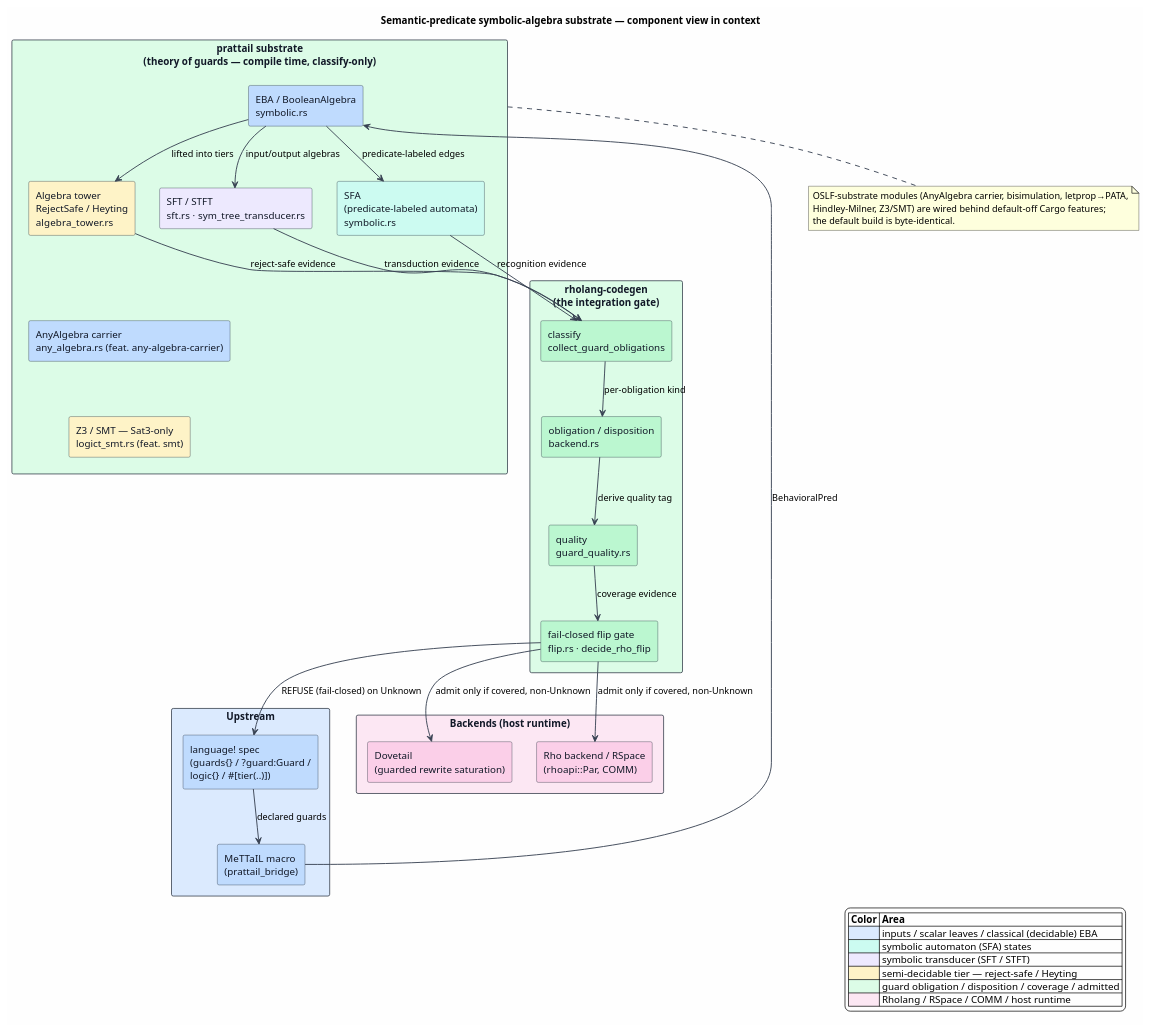
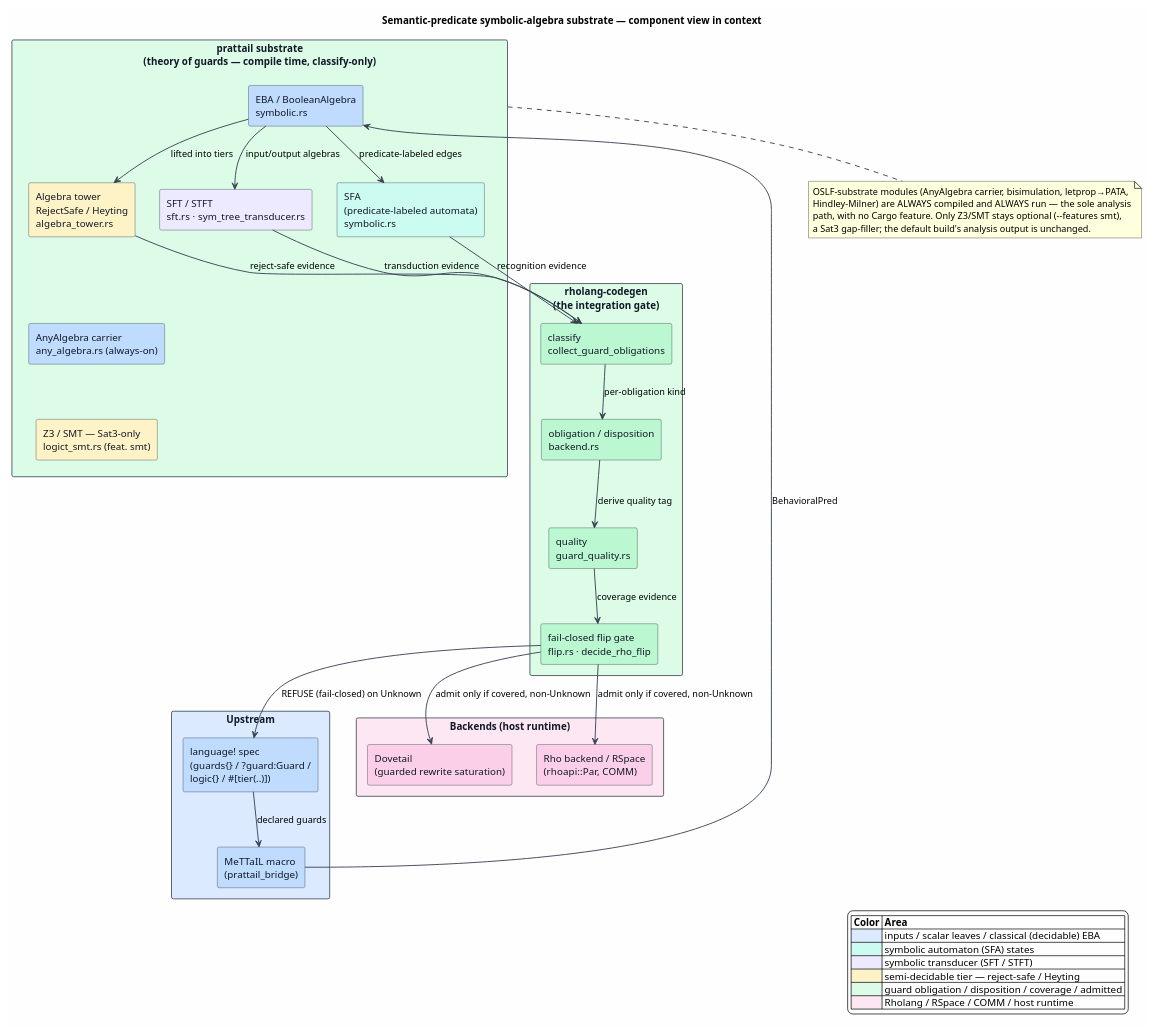
The diagram in docs/architecture/semantic-predicates/figures/README.puml (F1R3FLY-io/mettail-rust), drawn with PlantUML before and after one commit. The commit also changed 12 other files, not shown here.

First line of the commit message:
docs(prattail): OSLF precise-only — reflect feature deletion, engines now always-on

```diff
--- a/docs/architecture/semantic-predicates/figures/README.puml
+++ b/docs/architecture/semantic-predicates/figures/README.puml
@@ -1,81 +1,82 @@
 @startuml
 title Semantic-predicate symbolic-algebra substrate — component view in context
 
 skinparam backgroundColor #FEFEFE
 skinparam componentStyle rectangle
 skinparam shadowing false
 skinparam ArrowColor #374151
 skinparam ArrowThickness 1.3
 skinparam component {
   BorderColor #1F2937
   FontColor #111827
 }
 skinparam rectangle {
   BorderColor #1F2937
   FontColor #111827
 }
 
 ' ── Upstream: the language specification ────────────────────────────────
 rectangle "Upstream" as Up #DBEAFE {
   component "language! spec\n(guards{} / ?guard:Guard /\nlogic{} / #[tier(..)])" as Spec #BFDBFE
   component "MeTTaIL macro\n(prattail_bridge)" as Macro #BFDBFE
 }
 
 ' ── The prattail substrate (the subject of this suite) ──────────────────
 rectangle "prattail substrate\n(theory of guards — compile time, classify-only)" as Sub #DCFCE7 {
   component "EBA / BooleanAlgebra\nsymbolic.rs" as EBA #BFDBFE
   component "SFA\n(predicate-labeled automata)\nsymbolic.rs" as SFA #CCFBF1
   component "SFT / STFT\nsft.rs · sym_tree_transducer.rs" as SFT #EDE9FE
   component "Algebra tower\nRejectSafe / Heyting\nalgebra_tower.rs" as Tower #FEF3C7
-  component "AnyAlgebra carrier\nany_algebra.rs (feat. any-algebra-carrier)" as Carrier #BFDBFE
+  component "AnyAlgebra carrier\nany_algebra.rs (always-on)" as Carrier #BFDBFE
   component "Z3 / SMT — Sat3-only\nlogict_smt.rs (feat. smt)" as Z3 #FEF3C7
 }
 
 ' ── Downstream classification: rholang-codegen ──────────────────────────
 rectangle "rholang-codegen\n(the integration gate)" as Codegen #DCFCE7 {
   component "classify\ncollect_guard_obligations" as Classify #BBF7D0
   component "obligation / disposition\nbackend.rs" as Disp #BBF7D0
   component "quality\nguard_quality.rs" as Quality #BBF7D0
   component "fail-closed flip gate\nflip.rs · decide_rho_flip" as Gate #BBF7D0
 }
 
 ' ── Downstream backends ─────────────────────────────────────────────────
 rectangle "Backends (host runtime)" as Back #FCE7F3 {
   component "Dovetail\n(guarded rewrite saturation)" as Dovetail #FBCFE8
   component "Rho backend / RSpace\n(rhoapi::Par, COMM)" as Rho #FBCFE8
 }
 
 Spec --> Macro : declared guards
 Macro --> EBA : BehavioralPred
 EBA --> SFA : predicate-labeled edges
 EBA --> SFT : input/output algebras
 EBA --> Tower : lifted into tiers
 Tower --> Classify : reject-safe evidence
 SFA --> Classify : recognition evidence
 SFT --> Classify : transduction evidence
 Classify --> Disp : per-obligation kind
 Disp --> Quality : derive quality tag
 Quality --> Gate : coverage evidence
 Gate --> Dovetail : admit only if covered, non-Unknown
 Gate --> Rho : admit only if covered, non-Unknown
 Gate --> Spec : REFUSE (fail-closed) on Unknown
 
 Tower -[hidden]down- Carrier
 Carrier -[hidden]down- Z3
 
 note bottom of Sub
   OSLF-substrate modules (AnyAlgebra carrier, bisimulation, letprop→PATA,
-  Hindley–Milner, Z3/SMT) are wired behind default-off Cargo features;
-  the default build is byte-identical.
+  Hindley–Milner) are ALWAYS compiled and ALWAYS run — the sole analysis
+  path, with no Cargo feature. Only Z3/SMT stays optional (--features smt),
+  a Sat3 gap-filler; the default build's analysis output is unchanged.
 end note
 
 legend right
 |= Color |= Area |
 |<#DBEAFE> | inputs / scalar leaves / classical (decidable) EBA |
 |<#CCFBF1> | symbolic automaton (SFA) states |
 |<#EDE9FE> | symbolic transducer (SFT / STFT) |
 |<#FEF3C7> | semi-decidable tier — reject-safe / Heyting |
 |<#DCFCE7> | guard obligation / disposition / coverage / admitted |
 |<#FCE7F3> | Rholang / RSpace / COMM / host runtime |
 endlegend
 @enduml
```
